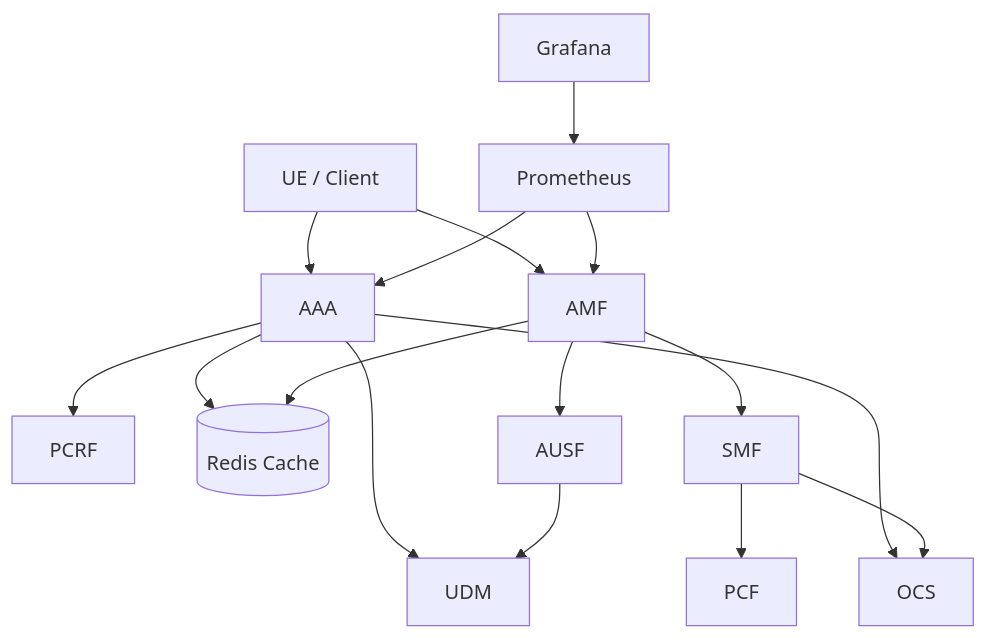
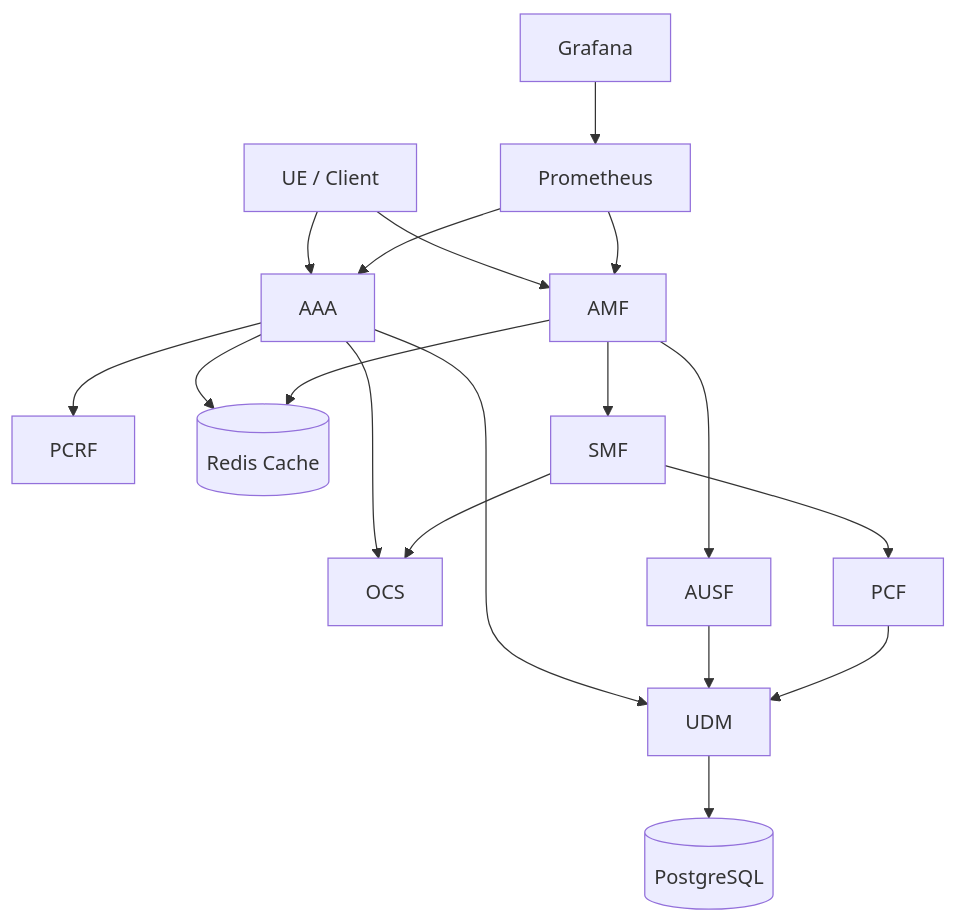
The first of 3 diagrams in README.md (marijan-madunic/telecom-lab), drawn with Mermaid before and after one commit. The commit also changed other lines of this file, not shown here.

Commit message:
Enhance README with PostgreSQL integration and updated 5G control-plane flows

````diff
--- a/README.md
+++ b/README.md
@@ -36,22 +37,28 @@
 ```mermaid
+
 graph TD
 
     UE[UE / Client] --> AAA
     UE --> AMF
 
     AAA --> UDM
     AAA --> PCRF
     AAA --> OCS
     AAA --> Redis[(Redis Cache)]
 
     AMF --> AUSF
     AUSF --> UDM
+    UDM --> DB[(PostgreSQL)]
+
     AMF --> SMF
     SMF --> PCF
+    PCF --> UDM
+
     SMF --> OCS
     AMF --> Redis
 
     Prometheus --> AMF
     Prometheus --> AAA
     Grafana --> Prometheus
+
 ```
````
